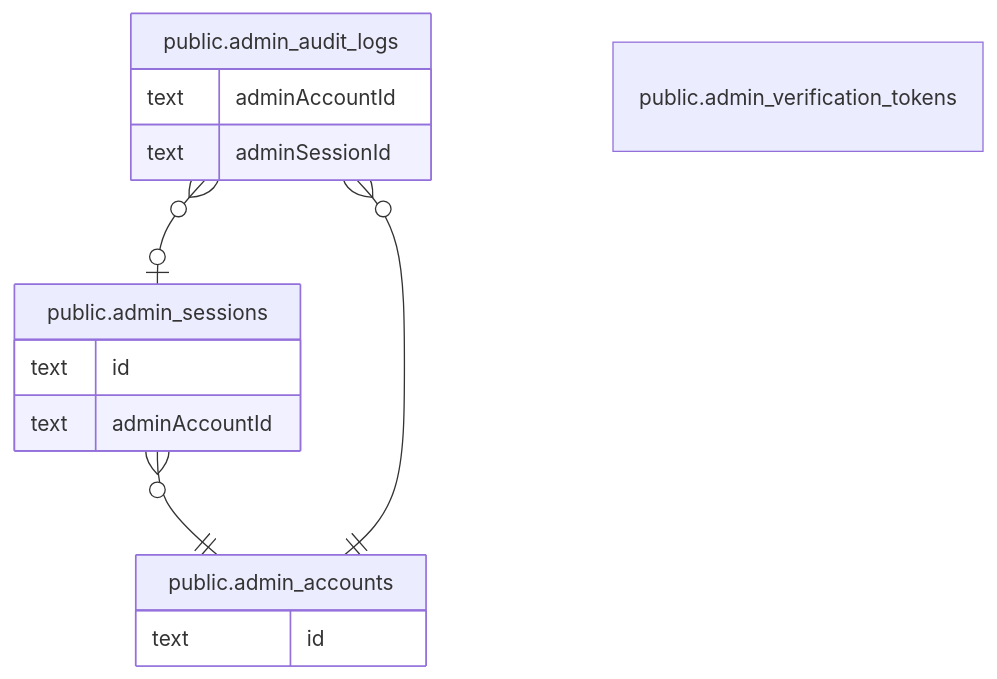
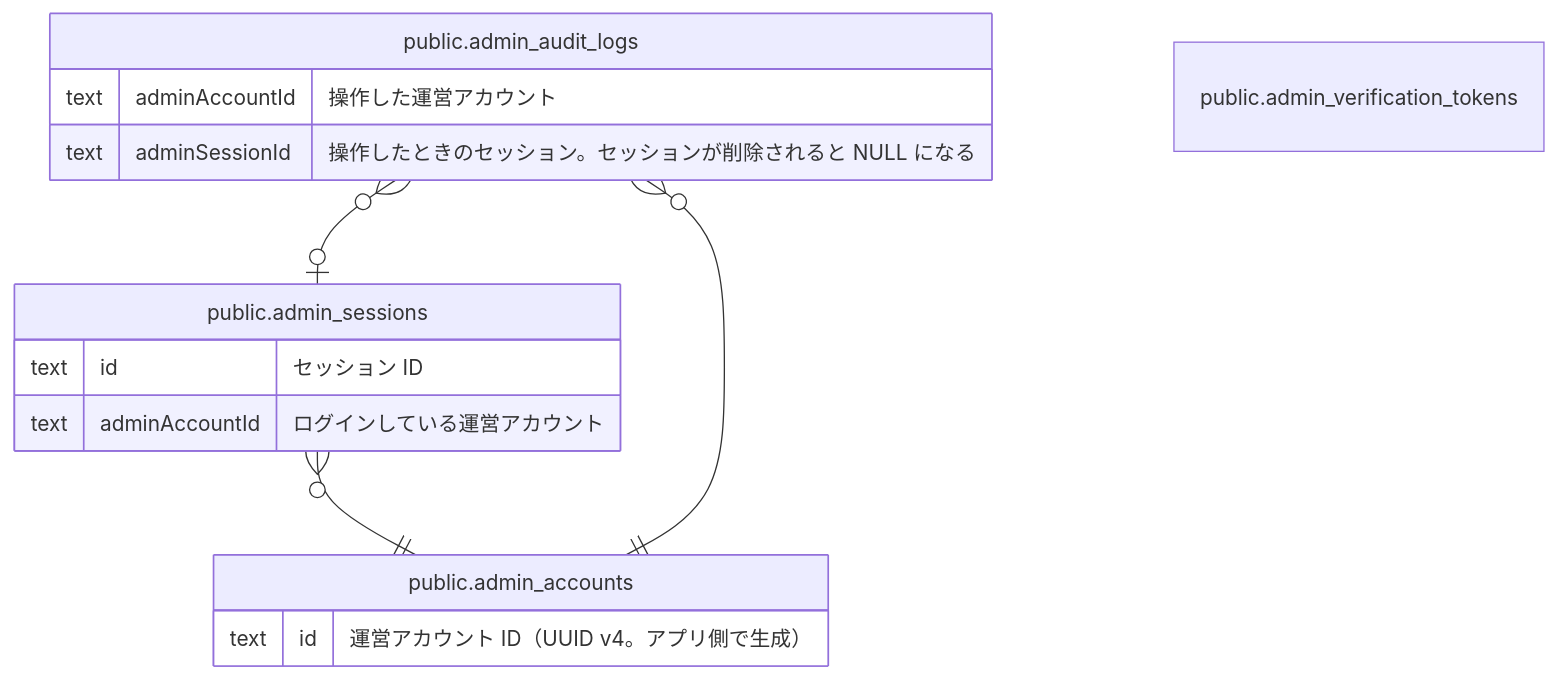
Before and after one commit to Physicalfunding/PhysiFun: the diagram in docs/db/viewpoint-admin.md, drawn with Mermaid. The commit also changed other lines of this file and 23 other files, not shown here.

````diff
--- a/docs/db/viewpoint-admin.md
+++ b/docs/db/viewpoint-admin.md
@@ -18,21 +18,21 @@
 ```mermaid
 erDiagram
 
 "public.admin_sessions" }o--|| "public.admin_accounts" : ""
 "public.admin_audit_logs" }o--|| "public.admin_accounts" : ""
 "public.admin_audit_logs" }o--o| "public.admin_sessions" : ""
 
 "public.admin_accounts" {
-  text id ""
+  text id "運営アカウント ID（UUID v4。アプリ側で生成）"
 }
 "public.admin_verification_tokens" {
 }
 "public.admin_sessions" {
-  text id ""
-  text adminAccountId ""
+  text id "セッション ID"
+  text adminAccountId "ログインしている運営アカウント"
 }
 "public.admin_audit_logs" {
-  text adminAccountId ""
-  text adminSessionId ""
+  text adminAccountId "操作した運営アカウント"
+  text adminSessionId "操作したときのセッション。セッションが削除されると NULL になる"
 }
 ```
````
